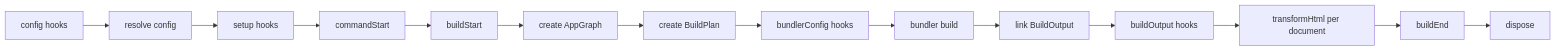
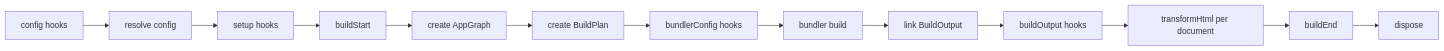
One commit to afx-team/evjs changed the diagram in docs/docs/plugins.md. Above: the diagram before and after it, drawn with Mermaid. The commit also changed other lines of this file and 7 other files, not shown here.

Commit message:
remove commandStart plugin hook

````diff
--- a/docs/docs/plugins.md
+++ b/docs/docs/plugins.md
@@ -109,16 +109,15 @@
 ```mermaid
 flowchart LR
   A["config hooks"] --> B["resolve config"]
   B --> C["setup hooks"]
-  C --> D["commandStart"]
-  D --> E["buildStart"]
+  C --> E["buildStart"]
   E --> F["create AppGraph"]
   F --> H["create BuildPlan"]
   H --> J["bundlerConfig hooks"]
   J --> K["bundler build"]
   K --> L["link BuildOutput"]
   L --> M["buildOutput hooks"]
   M --> N["transformHtml per document"]
   N --> O["buildEnd"]
   O --> P["dispose"]
 ```
````
